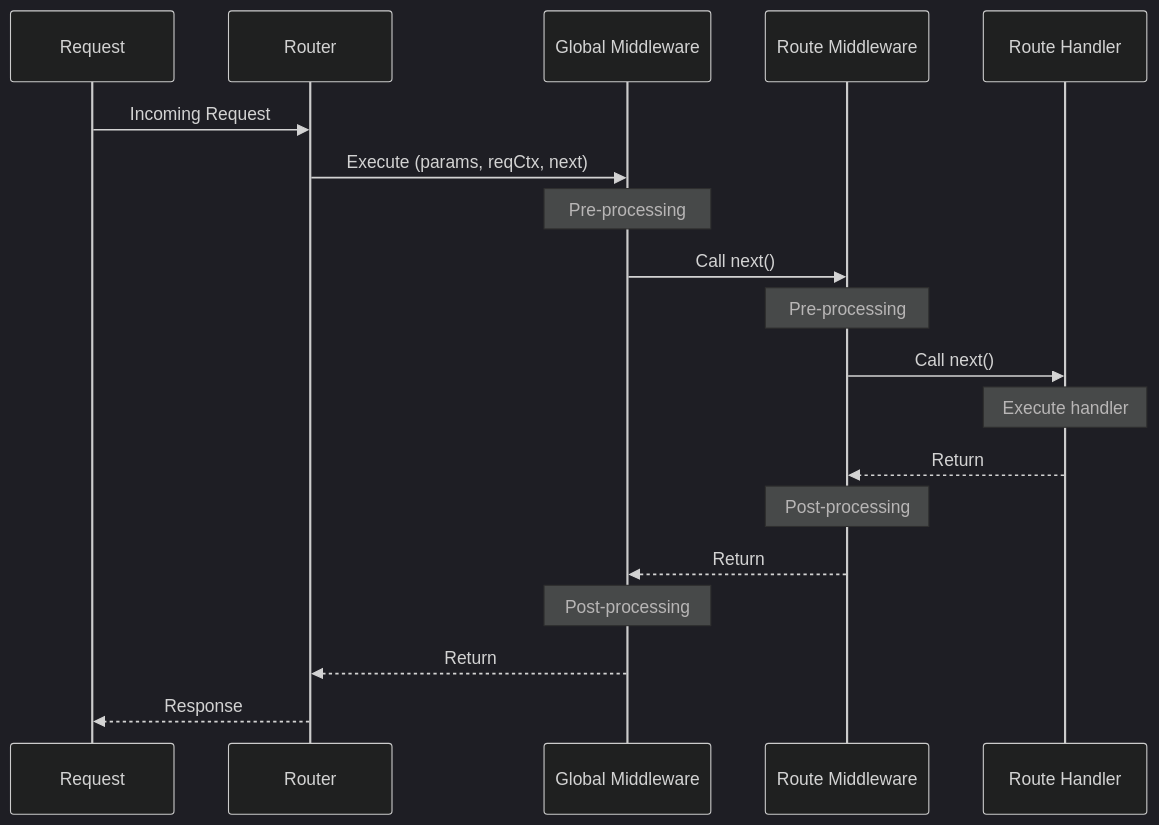
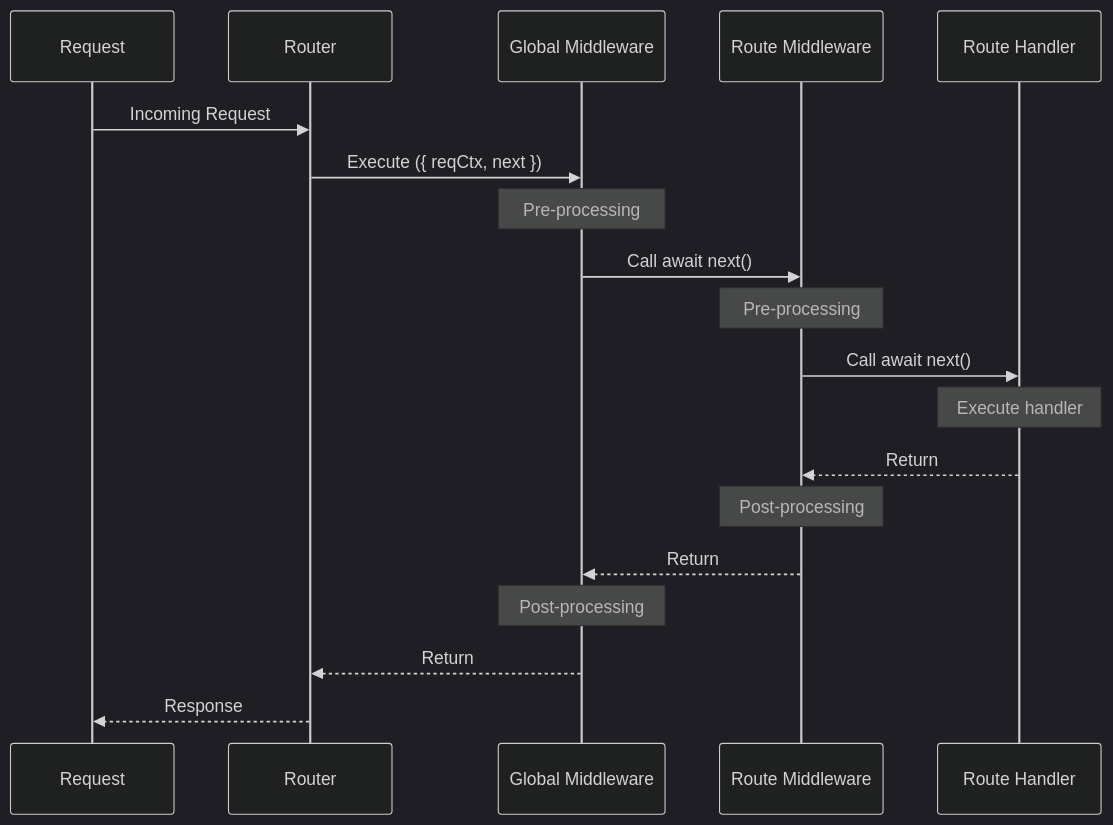
Before and after one commit to aws-powertools/powertools-lambda-typescript: the diagram in examples/snippets/event-handler/rest/diagrams/middleware_execution_order.mermaid, drawn with Mermaid (dark theme). The commit also changed 23 other files, not shown here.

```diff
--- a/examples/snippets/event-handler/rest/diagrams/middleware_execution_order.mermaid
+++ b/examples/snippets/event-handler/rest/diagrams/middleware_execution_order.mermaid
@@ -1,20 +1,20 @@
 sequenceDiagram
     participant Request
     participant Router
     participant GM as Global Middleware
     participant RM as Route Middleware
     participant Handler as Route Handler
 
     Request->>Router: Incoming Request
-    Router->>GM: Execute (params, reqCtx, next)
+    Router->>GM: Execute ({ reqCtx, next })
     Note over GM: Pre-processing
-    GM->>RM: Call next()
+    GM->>RM: Call await next()
     Note over RM: Pre-processing
-    RM->>Handler: Call next()
+    RM->>Handler: Call await next()
     Note over Handler: Execute handler
     Handler-->>RM: Return
     Note over RM: Post-processing
     RM-->>GM: Return
     Note over GM: Post-processing
     GM-->>Router: Return
     Router-->>Request: Response
```
